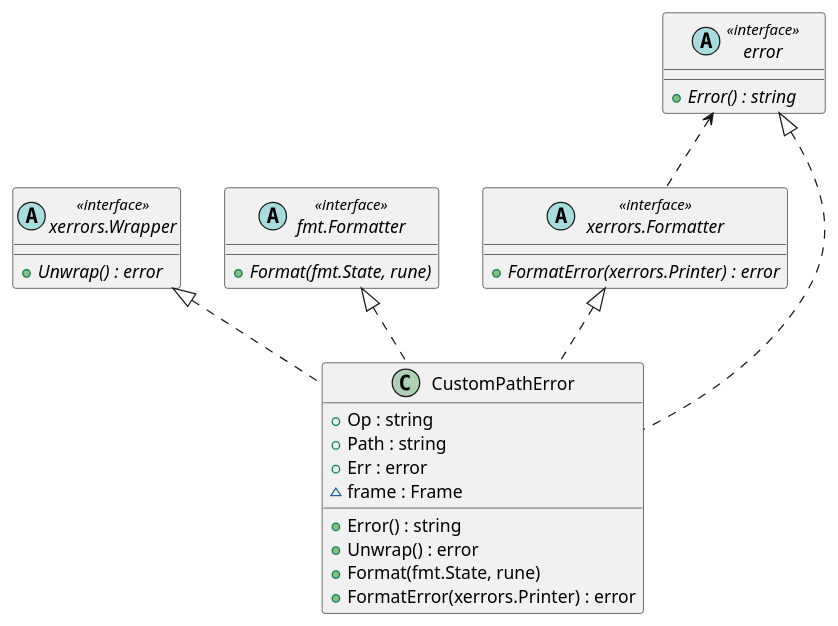
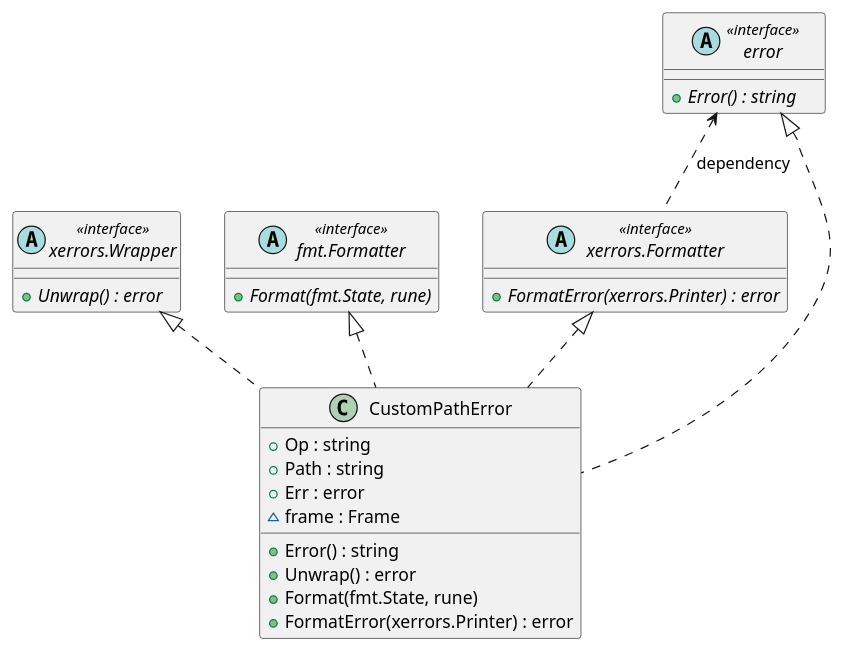
Before and after one commit to spiegel-im-spiegel/github-pages-env: the diagram in content/golang/xerrors/custumerror.puml, drawn with PlantUML. The commit also changed 2 other files, not shown here.

Commit message:
Update UML

```diff
--- a/content/golang/xerrors/custumerror.puml
+++ b/content/golang/xerrors/custumerror.puml
@@ -1,34 +1,34 @@
 @startuml
 
 skinparam minClassWidth 130
 
 abstract class error <<interface>> {
   {abstract} {method} + Error() : string
 }
 abstract class "xerrors.Wrapper" as Wrapper <<interface>> {
   {abstract} {method} + Unwrap() : error
 }
 abstract class "xerrors.Formatter" as Formatter <<interface>> {
   {abstract} {method} + FormatError(xerrors.Printer) : error
 }
 abstract class "fmt.Formatter" as fmtFormatter <<interface>> {
   {abstract} {method} + Format(fmt.State, rune)
 }
 class CustomPathError {
   {field} + Op : string
   {field} + Path : string
   {field} + Err : error
   {field} ~ frame : Frame
   {method} + Error() : string
   {method} + Unwrap() : error
   {method} + Format(fmt.State, rune)
   {method} + FormatError(xerrors.Printer) : error
 }
 
 CustomPathError .up.|> error
 CustomPathError .up.|> Formatter
-Formatter .up.> error
+Formatter .up.> error : dependency
 CustomPathError .up.|> fmtFormatter
 CustomPathError .up.|> Wrapper
 
 @enduml
```
